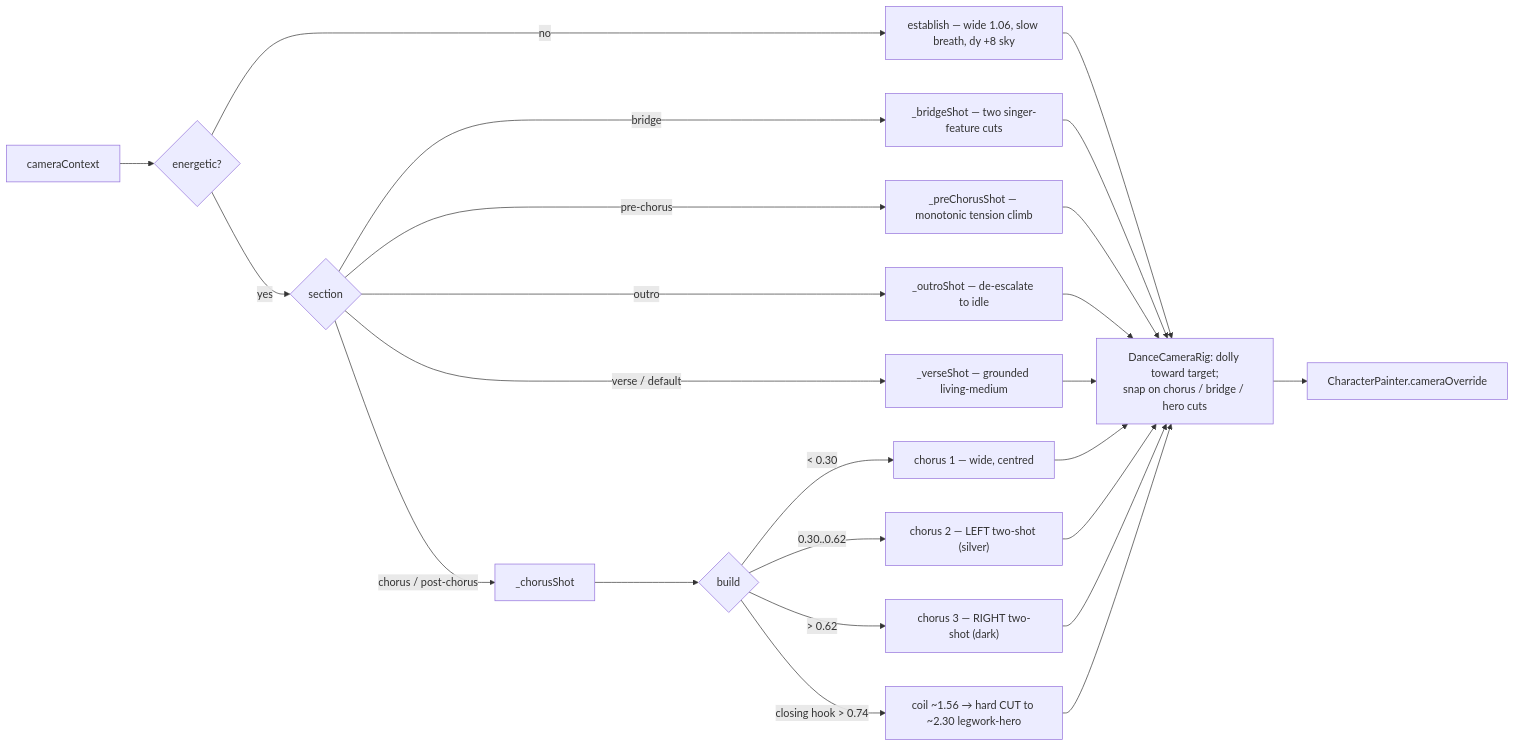
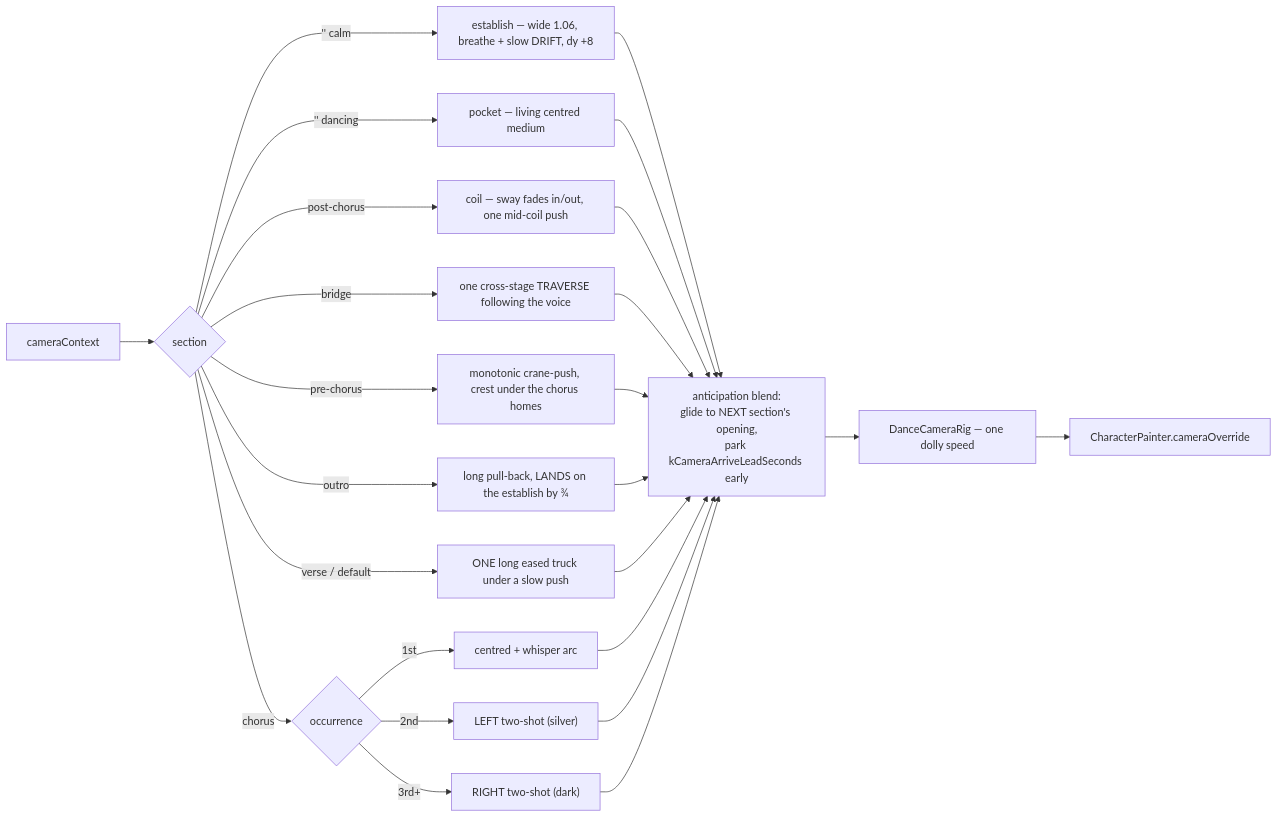
Before and after one commit to matthiasn/dancing_cats: the fourth of 7 diagrams in lib/features/character/README.md, drawn with Mermaid. The commit also changed other lines of this file and 17 other files, not shown here.

````diff
--- a/lib/features/character/README.md
+++ b/lib/features/character/README.md
@@ -341,19 +346,18 @@
 ```mermaid
 flowchart LR
-  ctx[cameraContext] --> energetic{energetic?}
-  energetic -- no --> est["establish — wide 1.06, slow breath, dy +8 sky"]
-  energetic -- yes --> sec{section}
-  sec -- chorus / post-chorus --> ch[_chorusShot]
-  sec -- bridge --> br["_bridgeShot — two singer-feature cuts"]
-  sec -- pre-chorus --> pc["_preChorusShot — monotonic tension climb"]
-  sec -- outro --> ou["_outroShot — de-escalate to idle"]
-  sec -- verse / default --> ve["_verseShot — grounded living-medium"]
-  ch --> home{build}
-  home -- "< 0.30" --> c1["chorus 1 — wide, centred"]
-  home -- "0.30..0.62" --> c2["chorus 2 — LEFT two-shot (silver)"]
-  home -- "> 0.62" --> c3["chorus 3 — RIGHT two-shot (dark)"]
-  home -- "closing hook > 0.74" --> hero["coil ~1.56 → hard CUT to ~2.30 legwork-hero"]
-  est & br & pc & ou & ve & c1 & c2 & c3 --> rig
-  hero --> rig["DanceCameraRig: dolly toward target;<br/>snap on chorus / bridge / hero cuts"]
+  ctx[cameraContext] --> sec{section}
+  sec -- "'' calm" --> est["establish — wide 1.06, breathe + slow DRIFT, dy +8"]
+  sec -- "'' dancing" --> pk["pocket — living centred medium"]
+  sec -- chorus --> ch{occurrence}
+  sec -- post-chorus --> co["coil — sway fades in/out, one mid-coil push"]
+  sec -- bridge --> br["one cross-stage TRAVERSE following the voice"]
+  sec -- pre-chorus --> pc["monotonic crane-push, crest under the chorus homes"]
+  sec -- outro --> ou["long pull-back, LANDS on the establish by ¾"]
+  sec -- verse / default --> ve["ONE long eased truck under a slow push"]
+  ch -- "1st" --> c1["centred + whisper arc"]
+  ch -- "2nd" --> c2["LEFT two-shot (silver)"]
+  ch -- "3rd+" --> c3["RIGHT two-shot (dark)"]
+  est & pk & co & br & pc & ou & ve & c1 & c2 & c3 --> ant["anticipation blend:<br/>glide to NEXT section's opening,<br/>park kCameraArriveLeadSeconds early"]
+  ant --> rig["DanceCameraRig — one dolly speed"]
   rig --> cam["CharacterPainter.cameraOverride"]
 ```
````
